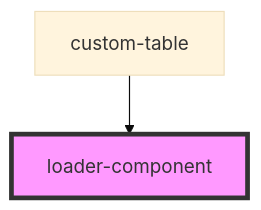
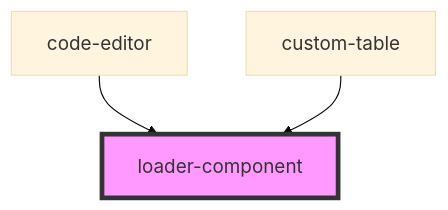
One commit to techvariable/NeptuneConnectComponents changed the diagram in src/components/loader-component/readme.md. Above: the diagram before and after it, drawn with Mermaid (base theme). The commit also changed other lines of this file and 16 other files, not shown here.

````diff
--- a/src/components/loader-component/readme.md
+++ b/src/components/loader-component/readme.md
@@ -15,5 +16,6 @@
 ```mermaid
 graph TD;
+  code-editor --> loader-component
   custom-table --> loader-component
   style loader-component fill:#f9f,stroke:#333,stroke-width:4px
 ```
````
